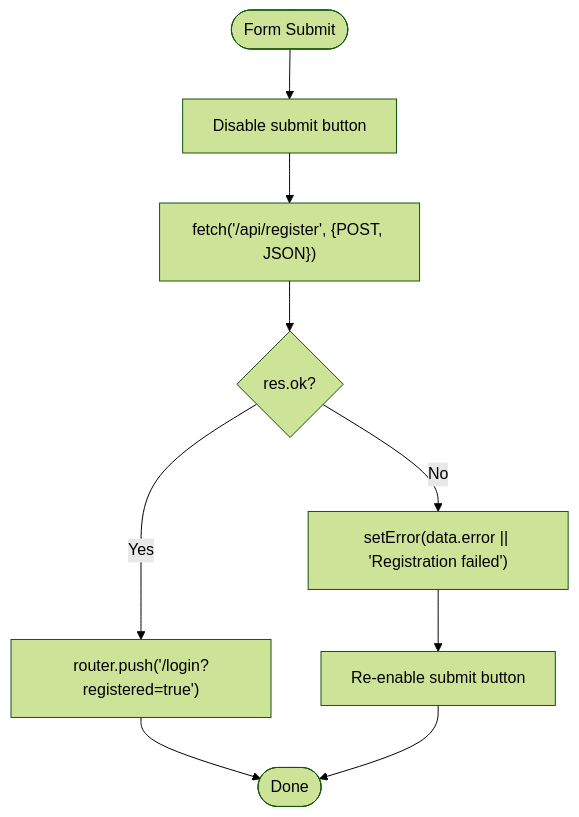
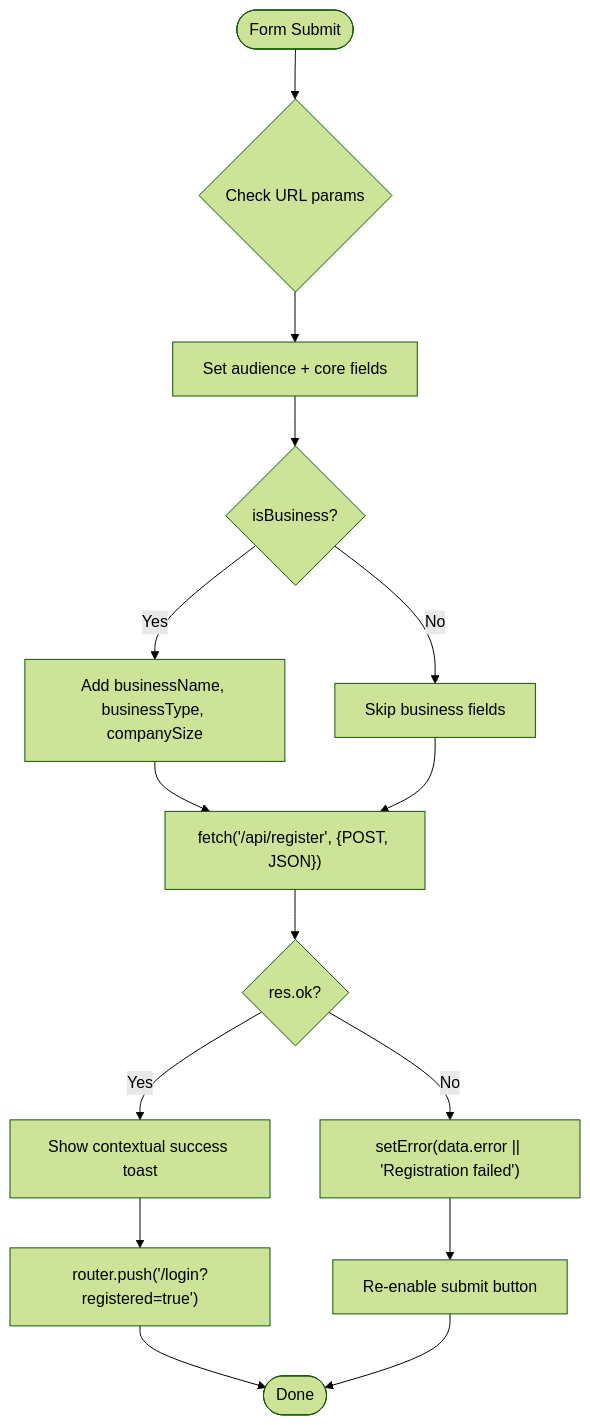
Before and after one commit to Crowdspender/titchybooks-app: the fifth of 8 diagrams in .qoder/repowiki/en/content/Authentication & Authorization/User Registration & Login Flows.md, drawn with Mermaid (forest theme). The commit also changed other lines of this file and 74 other files, not shown here.

````diff
--- a/.qoder/repowiki/en/content/Authentication & Authorization/User Registration & Login Flows.md
+++ b/.qoder/repowiki/en/content/Authentication & Authorization/User Registration & Login Flows.md
@@ -232,11 +257,17 @@
 ```mermaid
 flowchart TD
-Start(["Form Submit"]) --> Disable["Disable submit button"]
-Disable --> Fetch["fetch('/api/register', {POST, JSON})"]
+Start(["Form Submit"]) --> CheckAudience{"Check URL params"}
+CheckAudience --> SetPayload["Set audience + core fields"]
+SetPayload --> IsBusiness{"isBusiness?"}
+IsBusiness --> |Yes| AddBizFields["Add businessName, businessType, companySize"]
+IsBusiness --> |No| SkipBizFields["Skip business fields"]
+AddBizFields --> Fetch["fetch('/api/register', {POST, JSON})"]
+SkipBizFields --> Fetch
 Fetch --> RespOk{"res.ok?"}
 RespOk --> |No| SetErr["setError(data.error || 'Registration failed')"]
-RespOk --> |Yes| Redirect["router.push('/login?registered=true')"]
+RespOk --> |Yes| SuccessMsg["Show contextual success toast"]
+SuccessMsg --> Redirect["router.push('/login?registered=true')"]
 SetErr --> Enable["Re-enable submit button"]
 Redirect --> End(["Done"])
 Enable --> End
 ```
````
